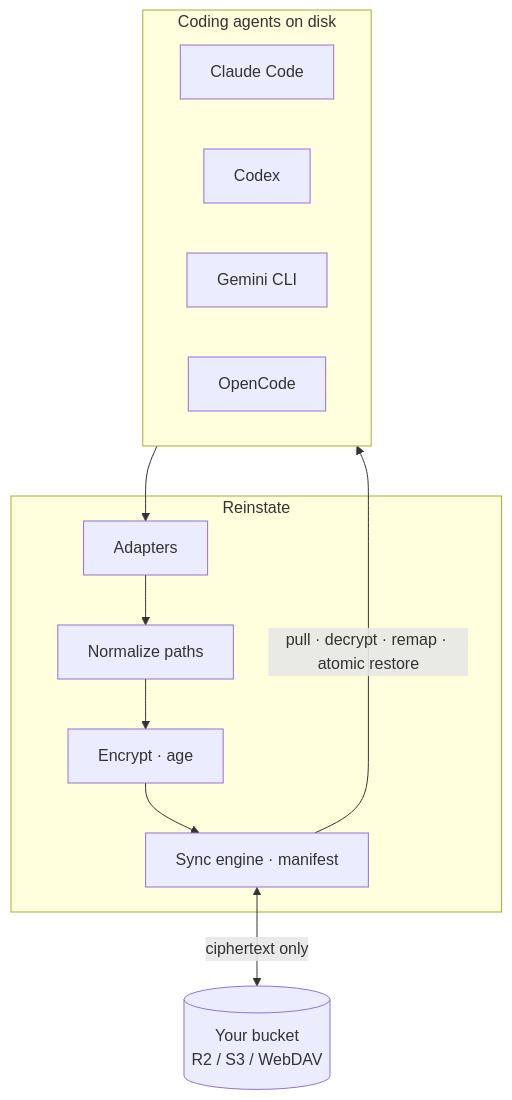
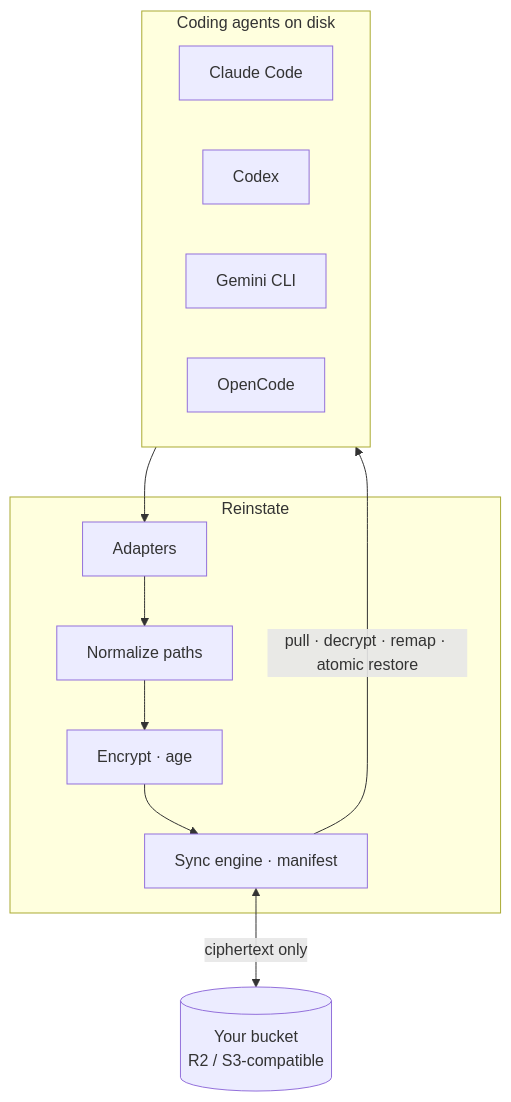
One commit to HarjjotSinghh/reinstate changed the third of 3 diagrams in README.md. Above: the diagram before and after it, drawn with Mermaid. The commit also changed other lines of this file and 101 other files, not shown here.

````diff
--- a/README.md
+++ b/README.md
@@ -178,19 +178,19 @@
 ```mermaid
 flowchart TB
   subgraph Agents["Coding agents on disk"]
     CC[Claude Code]
     CX[Codex]
     GM[Gemini CLI]
     OC[OpenCode]
   end
   subgraph Pipeline["Reinstate"]
     AD[Adapters]
     NM[Normalize paths]
     EN[Encrypt · age]
     SY[Sync engine · manifest]
   end
-  BK[(Your bucket<br/>R2 / S3 / WebDAV)]
+  BK[(Your bucket<br/>R2 / S3-compatible)]
   Agents --> AD --> NM --> EN --> SY
   SY <-->|ciphertext only| BK
   SY -->|pull · decrypt · remap · atomic restore| Agents
 ```
````
